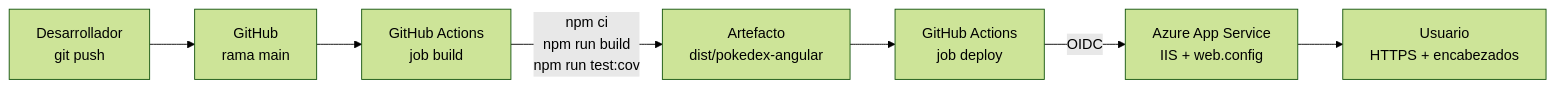
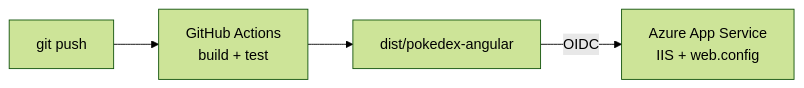
The diagram in Despliegue.md (rkeyy7/pokedex), drawn with Mermaid (forest theme) before and after one commit. The commit also changed other lines of this file, not shown here.

Commit message:
Despliegue.md updated from https://stackedit.io/

````diff
--- a/Despliegue.md
+++ b/Despliegue.md
@@ -44,10 +10,6 @@
 ```mermaid
 flowchart LR
-    A[Desarrollador<br/>git push] --> B[GitHub<br/>rama main]
-    B --> C[GitHub Actions<br/>job build]
-    C -->|npm ci<br/>npm run build<br/>npm run test:cov| D[Artefacto<br/>dist/pokedex-angular]
-    D --> E[GitHub Actions<br/>job deploy]
-    E -->|OIDC| F[Azure App Service<br/>IIS + web.config]
-    F --> G[Usuario<br/>HTTPS + encabezados]
-
+    A[git push] --> B[GitHub Actions<br/>build + test]
+    B --> C[dist/pokedex-angular]
+    C -->|OIDC| D[Azure App Service<br/>IIS + web.config]
 ```
````
